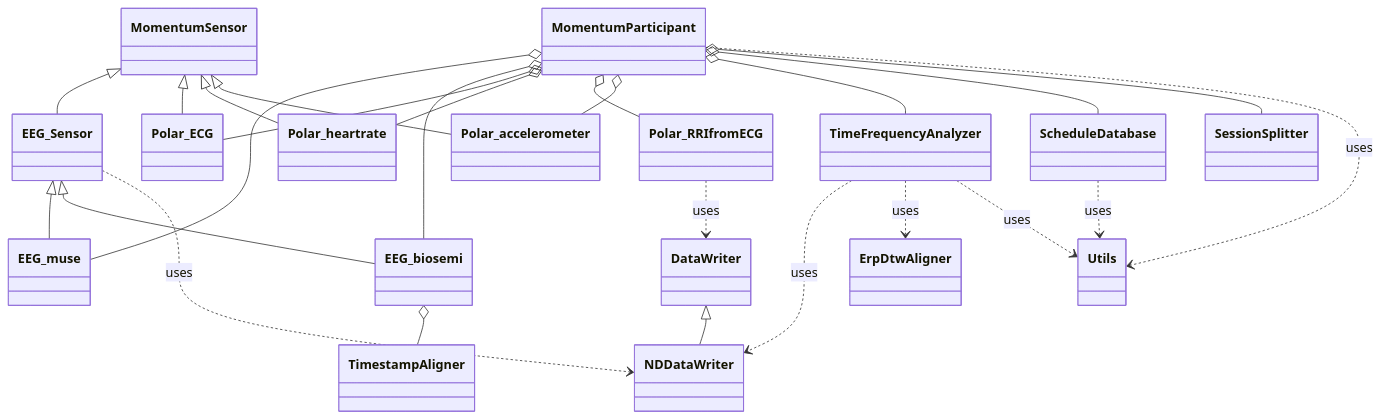
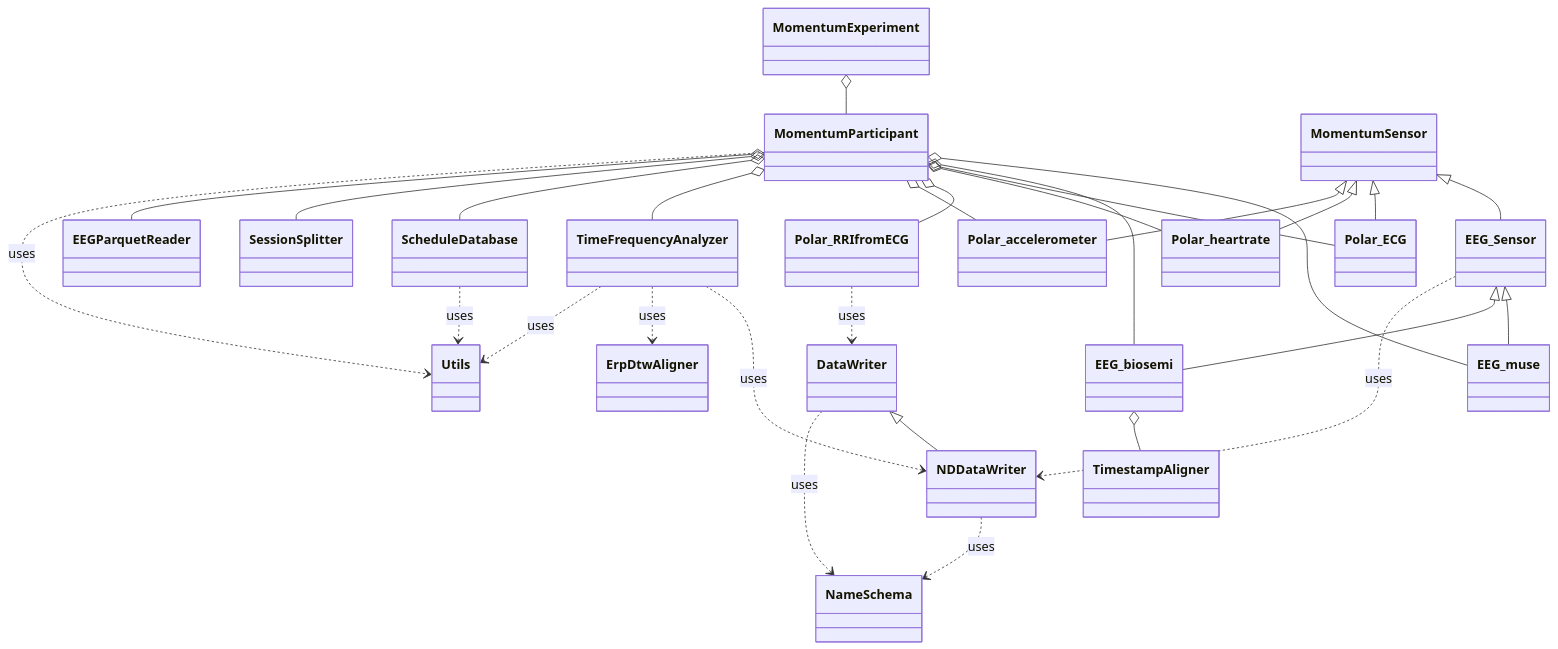
One commit to UNCDEPENdLab/rl_ema_monitoring changed the diagram in EEG_and_HR_preprocessing_multisite_scripts/ObjectOriented/README.md. Above: the diagram before and after it, drawn with Mermaid. The commit also changed other lines of this file and 12 other files, not shown here.

Commit message:
Wrapped entry point into MomentumExperiment NameSchema keeps track of name formatting EEGParquetReader imports preprocessed EEG data as EEGLabObjects

```diff
--- a/EEG_and_HR_preprocessing_multisite_scripts/ObjectOriented/README.md
+++ b/EEG_and_HR_preprocessing_multisite_scripts/ObjectOriented/README.md
@@ -231,6 +238,7 @@
     %% Core entity
     %% =========================
     class MomentumParticipant
+    class MomentumExperiment
 
     %% =========================
     %% Sensors
@@ -258,6 +266,9 @@
     class SessionSplitter
     class DataWriter
     class NDDataWriter
+    class NameSchema
+    %% class ParquetReaderBase
+    %% class EEGParquetReader
 
     %% =========================
     %% Utilities
@@ -267,6 +278,7 @@
     %% -------------------------
     %% MomentumParticipant composition
     %% -------------------------
+    MomentumExperiment o-- MomentumParticipant
     MomentumParticipant o-- EEG_muse
     MomentumParticipant o-- EEG_biosemi
     MomentumParticipant o-- Polar_ECG
@@ -277,6 +289,7 @@
     MomentumParticipant o-- TimeFrequencyAnalyzer
     MomentumParticipant o-- ScheduleDatabase
     MomentumParticipant o-- SessionSplitter
+    MomentumParticipant o-- EEGParquetReader
 
     %% -------------------------
     %% Inheritance (is-a)
@@ -290,6 +303,7 @@
     EEG_Sensor <|-- EEG_biosemi
 
     DataWriter <|-- NDDataWriter
+    %% ParquetReaderBase <|-- EEGParquetReader
 
     %% -------------------------
     %% Has / uses relationships
@@ -302,6 +316,8 @@
     Polar_RRIfromECG ..> DataWriter : uses
 
     TimeFrequencyAnalyzer ..> ErpDtwAligner : uses
+    NDDataWriter ..> NameSchema : uses
+    DataWriter ..> NameSchema : uses
 
     MomentumParticipant ..> Utils : uses
     TimeFrequencyAnalyzer ..> Utils : uses
```
